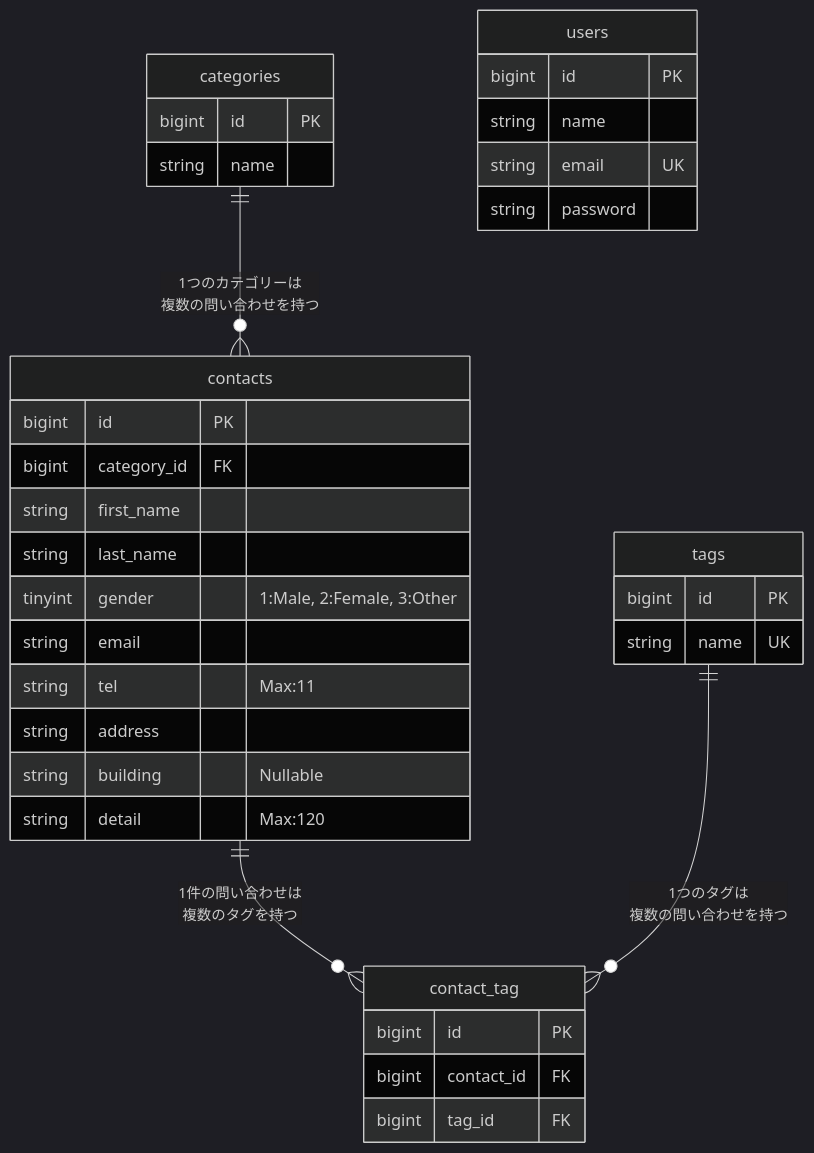
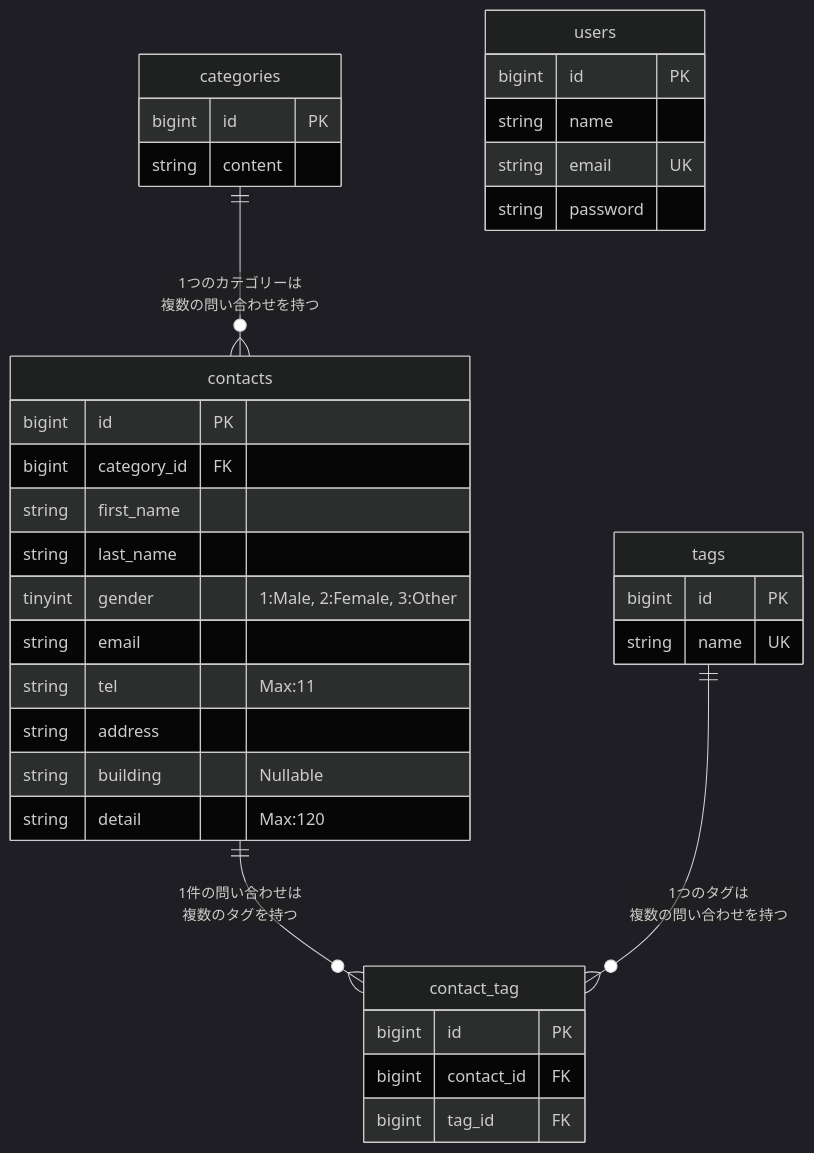
Before and after one commit to kazu-hisami2/Review_Test-contact-form-app: the diagram in README.md, drawn with Mermaid (dark theme).

Commit message:
Update categories table structure in README

````diff
--- a/README.md
+++ b/README.md
@@ -1,42 +1,42 @@
 ```mermaid
 erDiagram
     categories ||--o{ contacts : "1つのカテゴリーは<br>複数の問い合わせを持つ"
     contacts ||--o{ contact_tag : "1件の問い合わせは<br>複数のタグを持つ"
     tags ||--o{ contact_tag : "1つのタグは<br>複数の問い合わせを持つ"
 
     categories {
         bigint id PK
-        string name
+        string content
     }
 
     contacts {
         bigint id PK
         bigint category_id FK
         string first_name
         string last_name
         tinyint gender "1:Male, 2:Female, 3:Other"
         string email
         string tel "Max:11"
         string address
         string building "Nullable"
         string detail "Max:120"
     }
 
     tags {
         bigint id PK
         string name UK
     }
 
     contact_tag {
         bigint id PK
         bigint contact_id FK
         bigint tag_id FK
     }
 
     users {
         bigint id PK
         string name
         string email UK
         string password
     }
 ```
````
